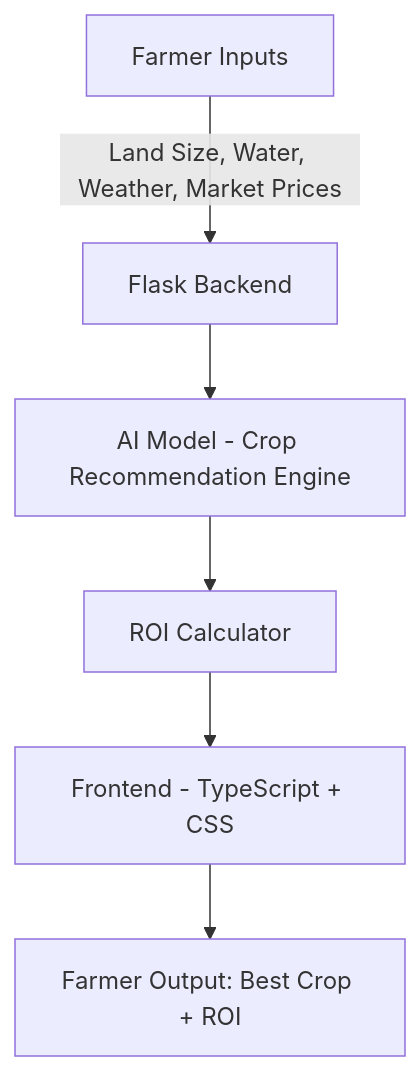
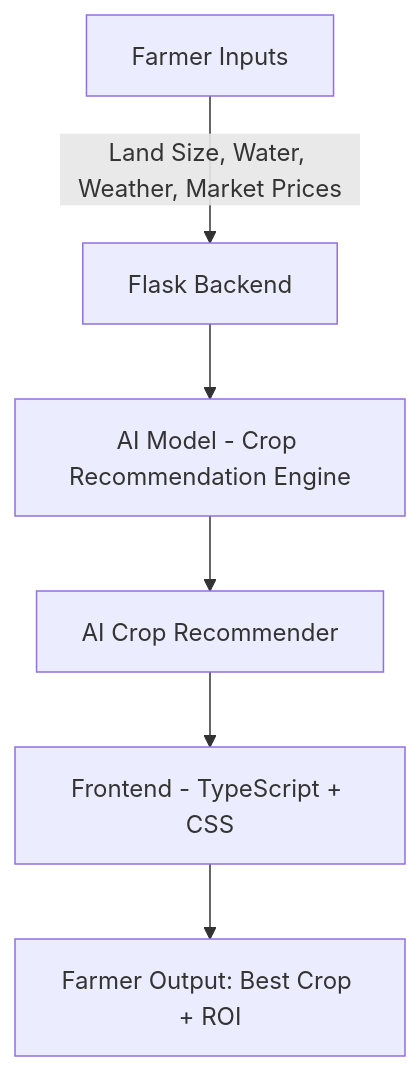
The diagram in README.md (AakashMutum/Team-Obsidian---FarmAiHelp), drawn with Mermaid before and after one commit. The commit also changed other lines of this file, not shown here.

Commit message:
Update diagram and remove regional language support

````diff
--- a/README.md
+++ b/README.md
@@ -56,8 +56,8 @@
 ```mermaid
 flowchart TD
     A[Farmer Inputs] -->|Land Size, Water, Weather, Market Prices| B[Flask Backend]
     B --> C[AI Model - Crop Recommendation Engine]
-    C --> D[ROI Calculator]
+    C --> D[AI Crop Recommender]
     D --> E[Frontend - TypeScript + CSS]
     E --> F[Farmer Output: Best Crop + ROI]
 ```
````
